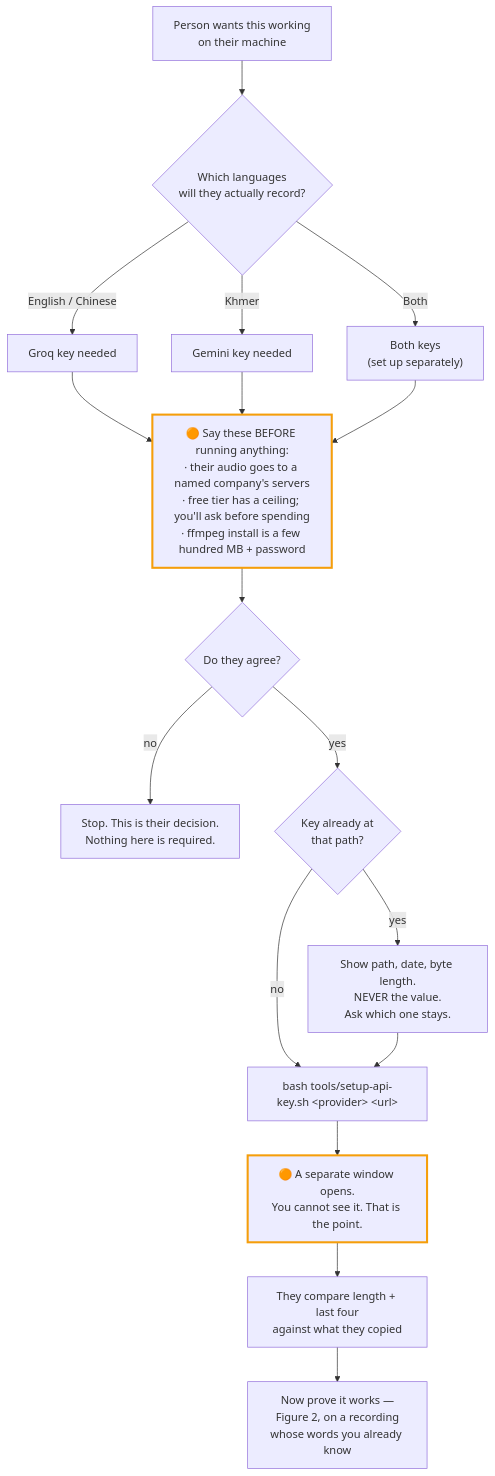
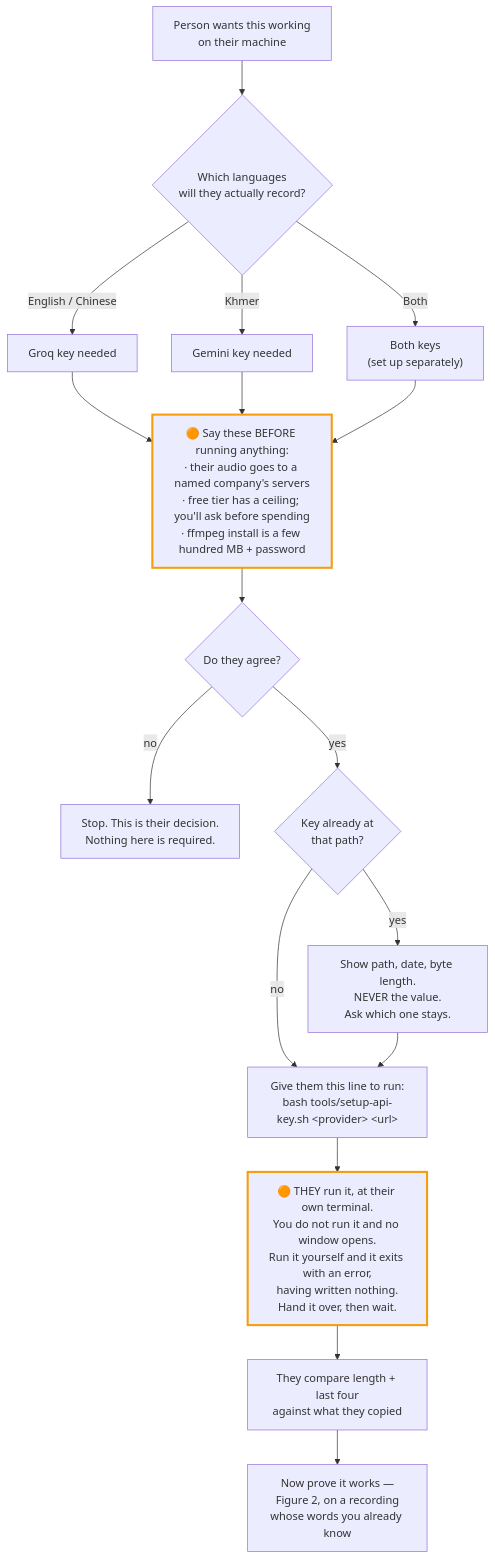
Before and after one commit to ventusmediatw-cell/project-secretary: the first of 2 diagrams in workspace/.claude/skills/audio-transcribe/FLOW.md, drawn with Mermaid. The commit also changed 9 other files, not shown here.

````diff
--- a/workspace/.claude/skills/audio-transcribe/FLOW.md
+++ b/workspace/.claude/skills/audio-transcribe/FLOW.md
@@ -13,29 +13,29 @@
 ```mermaid
 flowchart TD
   A["Person wants this working<br/>on their machine"] --> B{"Which languages<br/>will they actually record?"}
 
   B -->|"English / Chinese"| G["Groq key needed"]
   B -->|"Khmer"| M["Gemini key needed"]
   B -->|"Both"| BOTH["Both keys<br/>(set up separately)"]
 
   G --> SAY
   M --> SAY
   BOTH --> SAY
 
   SAY["🟠 Say these BEFORE running anything:<br/>· their audio goes to a named company's servers<br/>· free tier has a ceiling; you'll ask before spending<br/>· ffmpeg install is a few hundred MB + password"]
 
   SAY --> ASK{"Do they agree?"}
   ASK -->|"no"| STOP["Stop. This is their decision.<br/>Nothing here is required."]
   ASK -->|"yes"| EXIST{"Key already at<br/>that path?"}
 
   EXIST -->|"yes"| SHOW["Show path, date, byte length.<br/>NEVER the value.<br/>Ask which one stays."]
   EXIST -->|"no"| RUN
 
-  SHOW --> RUN["bash tools/setup-api-key.sh &lt;provider&gt; &lt;url&gt;"]
-  RUN --> WIN["🟠 A separate window opens.<br/>You cannot see it. That is the point."]
+  SHOW --> RUN["Give them this line to run:<br/>bash tools/setup-api-key.sh &lt;provider&gt; &lt;url&gt;"]
+  RUN --> WIN["🟠 THEY run it, at their own terminal.<br/>You do not run it and no window opens.<br/>Run it yourself and it exits with an error,<br/>having written nothing.<br/>Hand it over, then wait."]
   WIN --> CONF["They compare length + last four<br/>against what they copied"]
   CONF --> VERIFY["Now prove it works —<br/>Figure 2, on a recording<br/>whose words you already know"]
 
   classDef gate stroke:#f59e0b,stroke-width:3px;
   class SAY,WIN gate;
 ```
````
